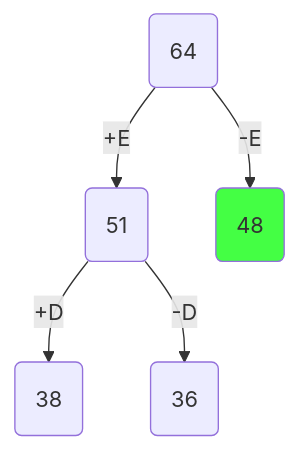
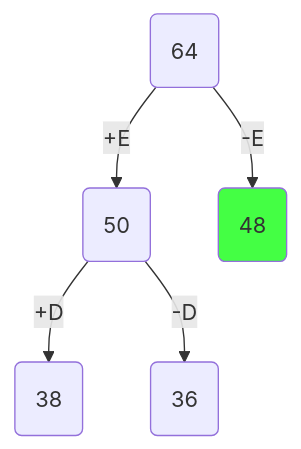
The second of 9 diagrams in Задание 12/slaaay.md (algos-ris-24-4/manual-tasks), drawn with Mermaid before and after one commit. The commit also changed other lines of this file, not shown here.

````diff
--- a/Задание 12/slaaay.md
+++ b/Задание 12/slaaay.md
@@ -85,14 +85,14 @@
 ``` mermaid
 flowchart TD
 A(64)
-B(51)
+B(50)
 C(48)
 D(38)
 E(36)
 A -- +E--> B
 A -- -E--> C
 B -- +D--> D
 B -- -D--> E
 
 style C fill:#4f4f
 ```
````
